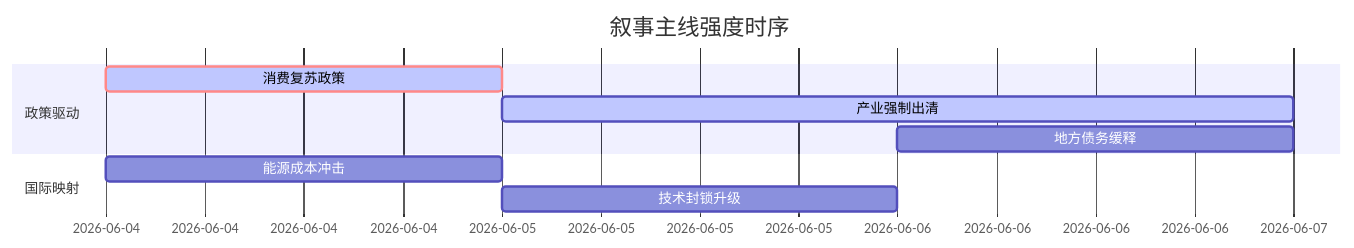
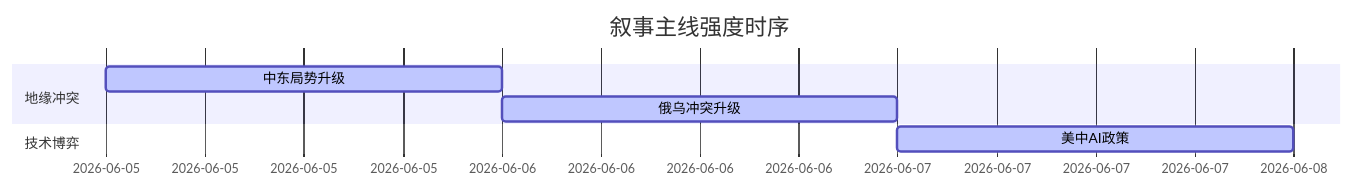
The diagram in 5day_report.md (uu5zn/uu5zn.github.io), drawn with Mermaid before and after one commit. The commit also changed other lines of this file and 1 other file, not shown here.

````diff
--- a/5day_report.md
+++ b/5day_report.md
@@ -44,13 +52,10 @@
 ```mermaid
 gantt
     title 叙事主线强度时序
     dateFormat  YYYY-MM-DD
-    section 政策驱动
-    消费复苏政策   :crit, active, 2026-06-04, 1d
-    产业强制出清   :active, 2026-06-05, 2d
-    地方债务缓释   :2026-06-06, 1d
-    
-    section 国际映射
-    能源成本冲击   :2026-06-04, 1d
-    技术封锁升级   :2026-06-05, 1d
+    section 地缘冲突
+    中东局势升级   :active, 2026-06-05, 1d
+    俄乌冲突升级   :active, 2026-06-06, 1d
+    section 技术博弈
+    美中AI政策     :active, 2026-06-07, 1d
 ```
````
